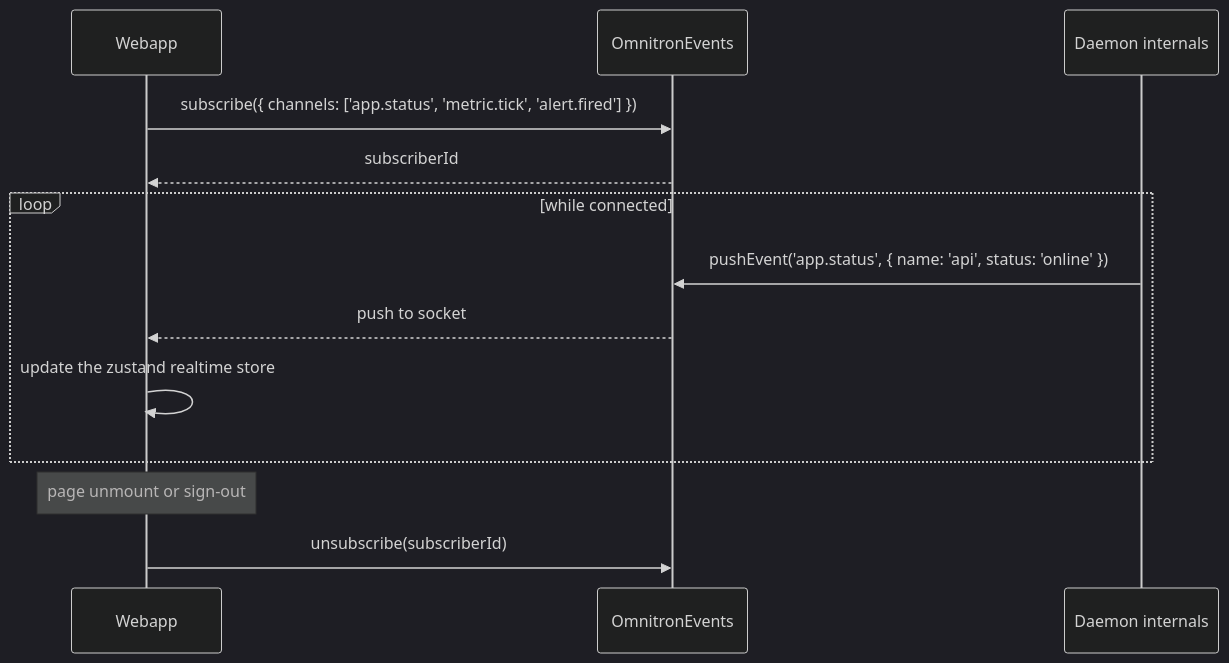
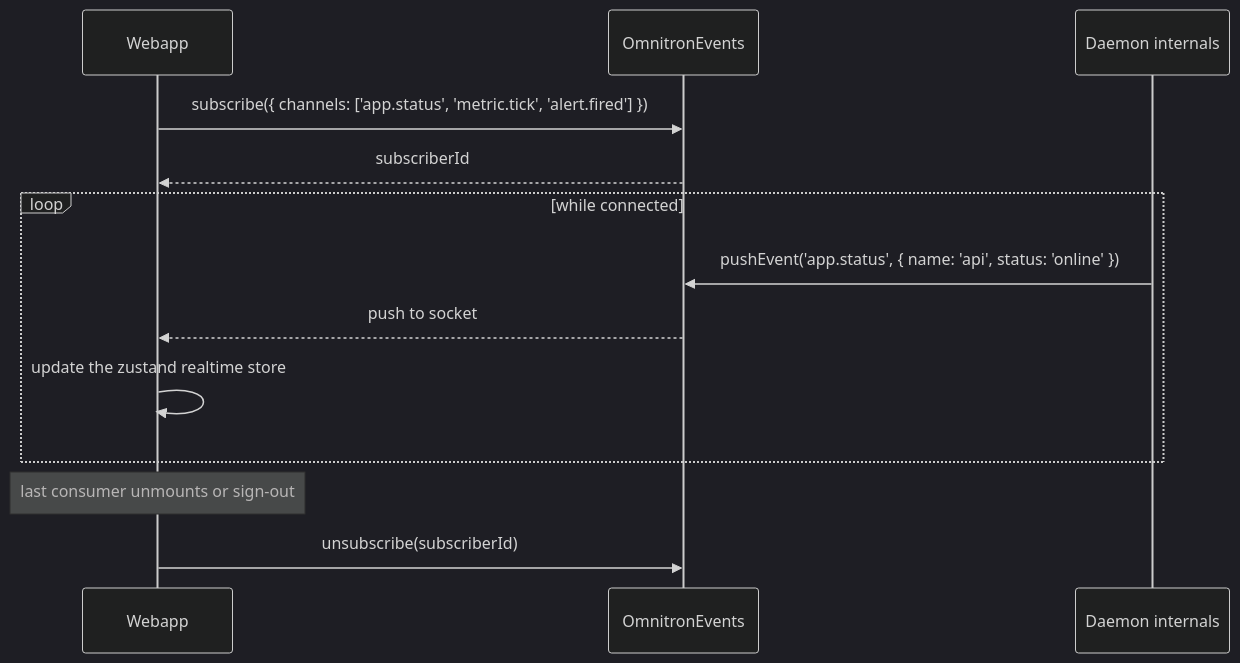
The second of 2 diagrams in docs/omnitron/console.md (omnitron-dev/website), drawn with Mermaid (dark theme) before and after one commit. The commit also changed other lines of this file, not shown here.

````diff
--- a/docs/omnitron/console.md
+++ b/docs/omnitron/console.md
@@ -439,16 +439,16 @@
 ```mermaid
 sequenceDiagram
   participant W as Webapp
   participant E as OmnitronEvents
   participant D as Daemon internals
 
   W->>E: subscribe({ channels: ['app.status', 'metric.tick', 'alert.fired'] })
   E-->>W: subscriberId
   loop while connected
     D->>E: pushEvent('app.status', { name: 'api', status: 'online' })
     E-->>W: push to socket
     W->>W: update the zustand realtime store
   end
-  Note over W: page unmount or sign-out
+  Note over W: last consumer unmounts or sign-out
   W->>E: unsubscribe(subscriberId)
 ```
````
